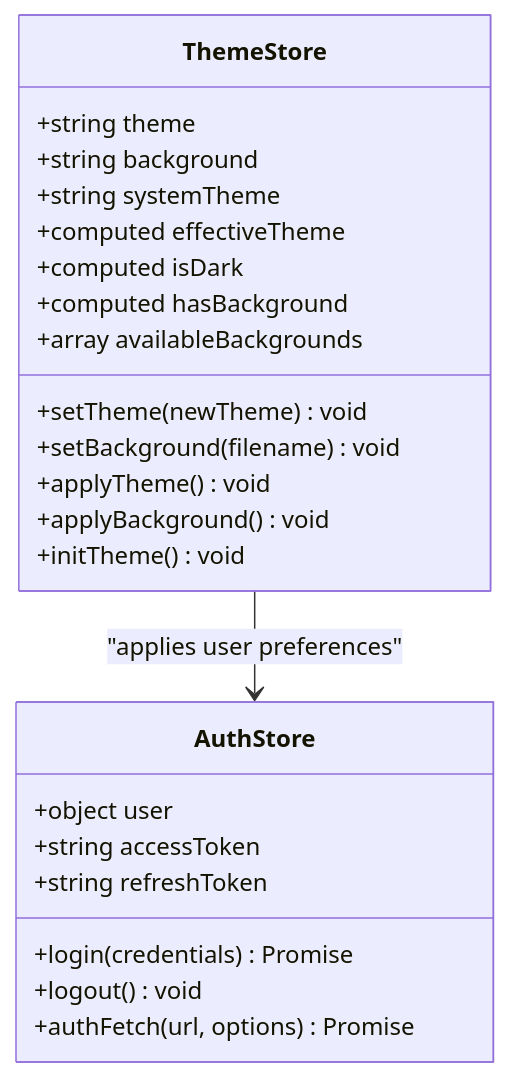
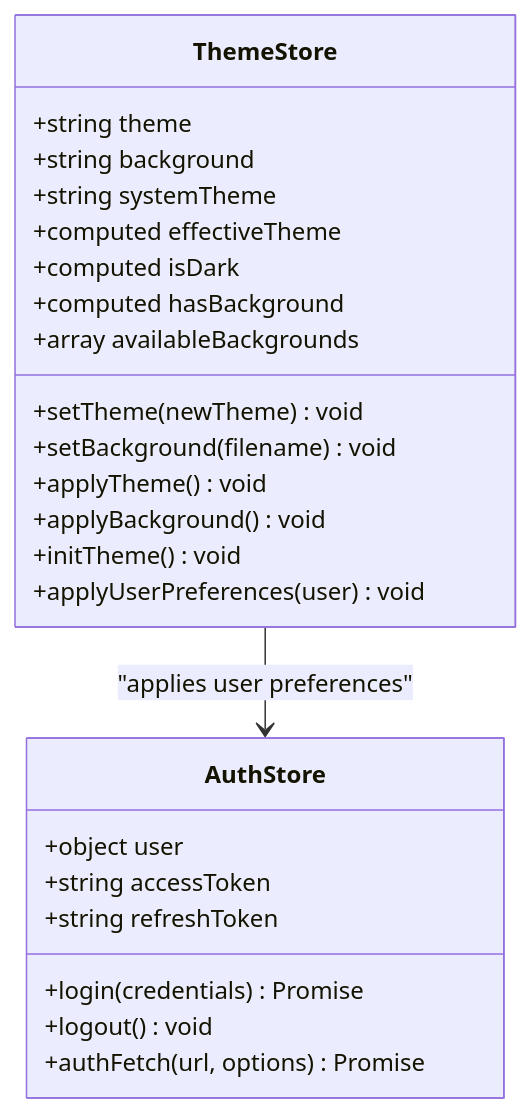
The sixth of 13 diagrams in .qoder/repowiki/en/content/Per-User Background Image System.md (Nikita5543/New-SSO-02), drawn with Mermaid before and after one commit. The commit also changed other lines of this file and 3 other files, not shown here.

````diff
--- a/.qoder/repowiki/en/content/Per-User Background Image System.md
+++ b/.qoder/repowiki/en/content/Per-User Background Image System.md
@@ -268,26 +283,27 @@
 ```mermaid
 classDiagram
 class ThemeStore {
 +string theme
 +string background
 +string systemTheme
 +computed effectiveTheme
 +computed isDark
 +computed hasBackground
 +array availableBackgrounds
 +setTheme(newTheme) void
 +setBackground(filename) void
 +applyTheme() void
 +applyBackground() void
 +initTheme() void
++applyUserPreferences(user) void
 }
 class AuthStore {
 +object user
 +string accessToken
 +string refreshToken
 +login(credentials) Promise
 +logout() void
 +authFetch(url, options) Promise
 }
 ThemeStore --> AuthStore : "applies user preferences"
 ```
````
